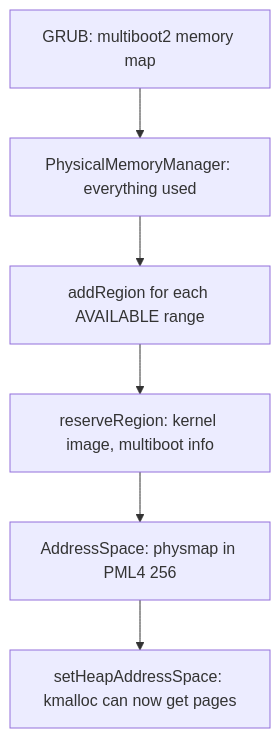
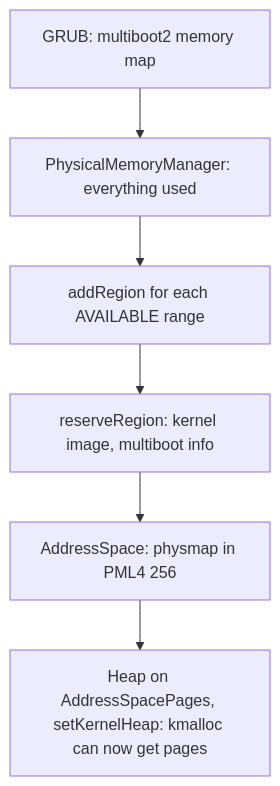
The second of 2 diagrams in kernel/mm/README.md (oguzhankynk/atlOS), drawn with Mermaid before and after one commit. The commit also changed other lines of this file and 41 other files, not shown here.

First line of the commit message:
A heap of our own, shared by the kernel and user programs

````diff
--- a/kernel/mm/README.md
+++ b/kernel/mm/README.md
@@ -188,8 +187,8 @@
 ```mermaid
 flowchart TD
     A[GRUB: multiboot2 memory map] --> B[PhysicalMemoryManager: everything used]
     B --> C[addRegion for each AVAILABLE range]
     C --> D[reserveRegion: kernel image, multiboot info]
     D --> E[AddressSpace: physmap in PML4 256]
-    E --> F[setHeapAddressSpace: kmalloc can now get pages]
+    E --> F[Heap on AddressSpacePages, setKernelHeap: kmalloc can now get pages]
 ```
````
